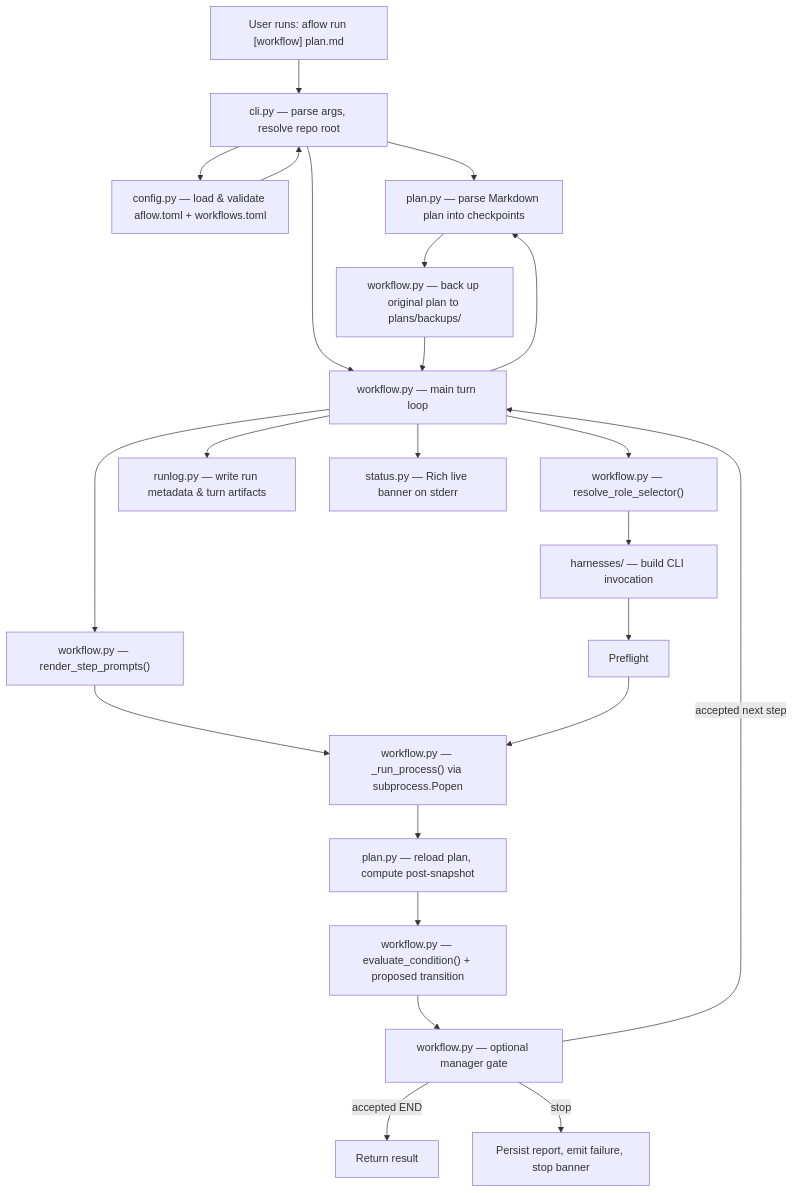
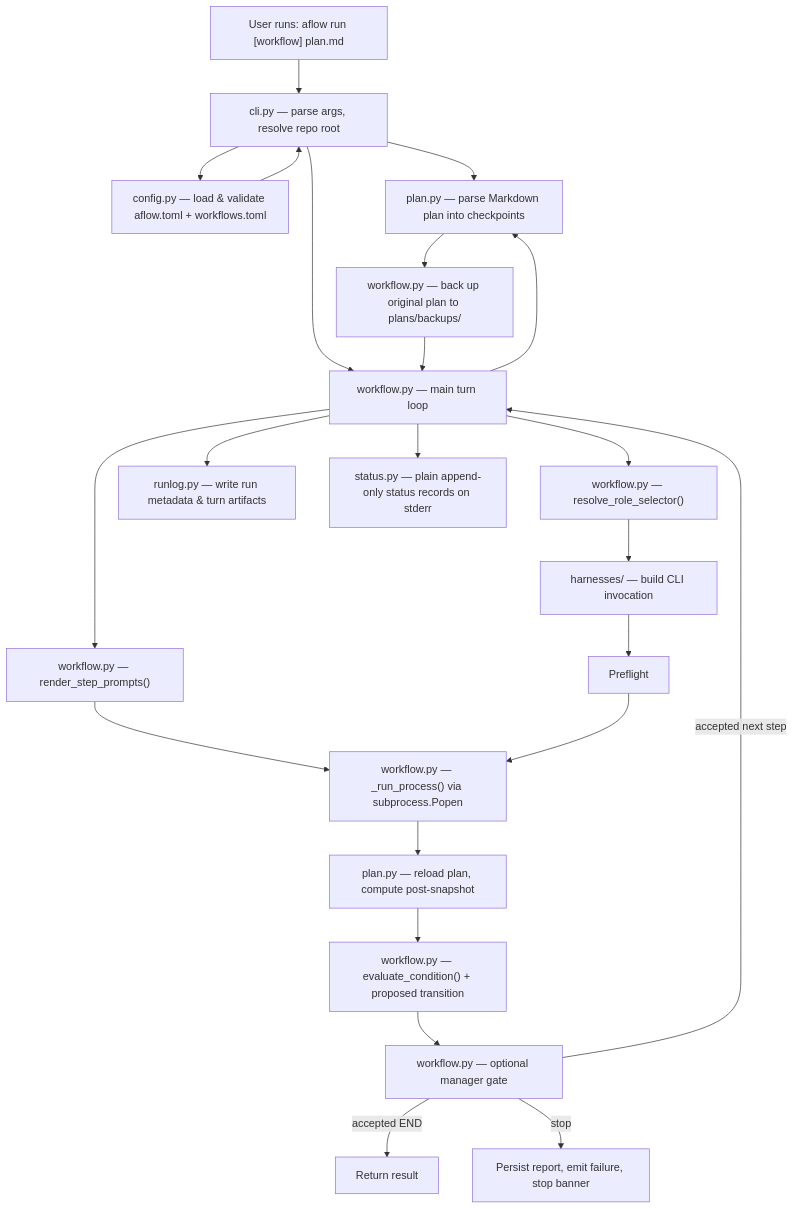
Before and after one commit to evrenesat/aworkflow: the diagram in ARCHITECTURE.md, drawn with Mermaid. The commit also changed other lines of this file and 16 other files, not shown here.

````diff
--- a/ARCHITECTURE.md
+++ b/ARCHITECTURE.md
@@ -15,41 +15,41 @@
 ```mermaid
 flowchart TD
     User["User runs: aflow run [workflow] plan.md"]
     CLI["cli.py — parse args, resolve repo root"]
     Config["config.py — load & validate aflow.toml + workflows.toml"]
     PlanParse["plan.py — parse Markdown plan into checkpoints"]
     Backup["workflow.py — back up original plan to plans/backups/"]
     WorkflowLoop["workflow.py — main turn loop"]
     PromptRender["workflow.py — render_step_prompts()"]
     Role["workflow.py — resolve_role_selector()"]
     Adapter["harnesses/ — build CLI invocation"]
     Subprocess["workflow.py — _run_process() via subprocess.Popen"]
     PlanReload["plan.py — reload plan, compute post-snapshot"]
     Transition["workflow.py — evaluate_condition() + proposed transition"]
     Manager["workflow.py — optional manager gate"]
     RunLog["runlog.py — write run metadata & turn artifacts"]
-    Banner["status.py — Rich live banner on stderr"]
+    Banner["status.py — plain append-only status records on stderr"]
 
     User --> CLI
     CLI --> Config
     Config --> CLI
     CLI --> PlanParse
     CLI --> WorkflowLoop
     WorkflowLoop --> PlanParse
     PlanParse --> Backup
     Backup --> WorkflowLoop
     WorkflowLoop --> PromptRender
     WorkflowLoop --> Role
     Role --> Adapter
     PromptRender --> Subprocess
     Adapter --> Preflight
     Preflight --> Subprocess
     Subprocess --> PlanReload
     PlanReload --> Transition
     Transition --> Manager
     Manager -->|"accepted next step"| WorkflowLoop
     Manager -->|"accepted END"| Done["Return result"]
     Manager -->|"stop"| Stopped["Persist report, emit failure, stop banner"]
     WorkflowLoop --> RunLog
     WorkflowLoop --> Banner
 ```
````
